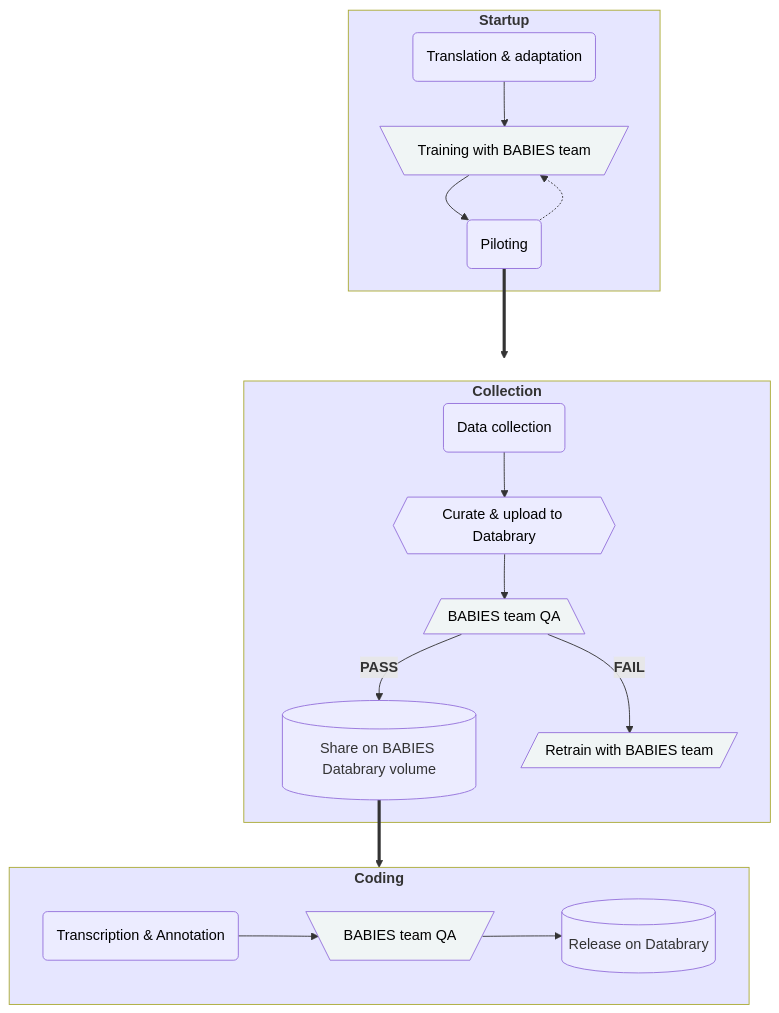
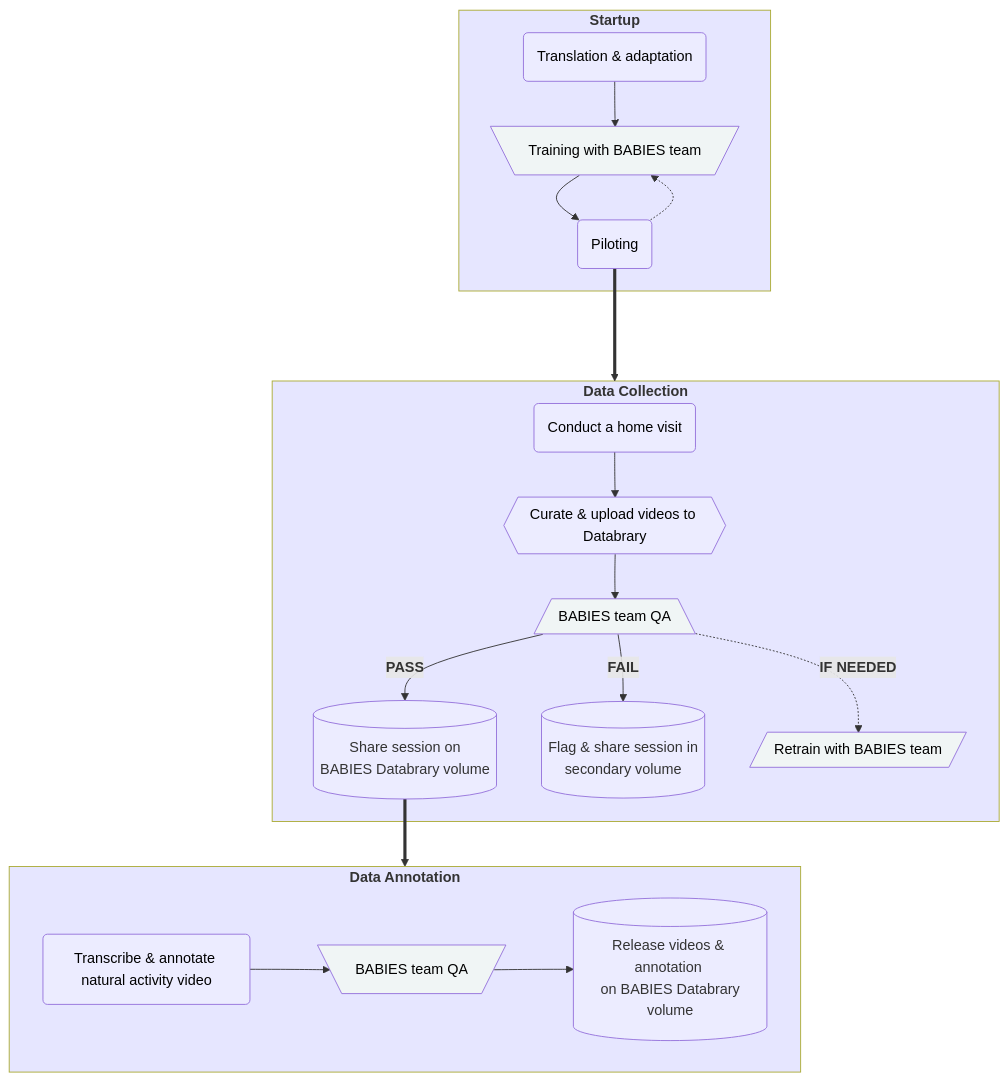
Before and after one commit to PLAY-behaviorome/Global-BABIES.org: the diagram in thesample.qmd, drawn with Mermaid. The commit also changed 3 other files, not shown here.

Commit message:
Updated workflow diagram

````diff
--- a/thesample.qmd
+++ b/thesample.qmd
@@ -37,31 +37,32 @@
 ```{mermaid}
 flowchart TD
   subgraph Startup ["`**Startup**`"]
     Trans("Translation & adaptation") --> Train[\"Training with BABIES team"/]
     Train --> Pilot("Piloting")
     Pilot -.-> Train
     style Startup fill:#e6e6ff
     style Train fill:#f0f5f5,color:#000000
     style Trans color:#000000
     style Pilot color:#000000
   end
   Pilot ===> Collection
-  subgraph Collection ["`**Collection**`"]
-    Collect("Data collection") --> Upload{{"Curate & upload to Databrary"}}
-    Upload --> QA[/"BABIES team QA"\] --"`**PASS**`"--> Share[("Share on BABIES Databrary volume")]
-    QA --"`**FAIL**`"--> Retrain[/"Retrain with BABIES team"/]
+  subgraph Collection ["`**Data Collection**`"]
+    Collect("Conduct a home visit") --> Upload{{"Curate & upload videos to Databrary"}}
+    Upload --> QA[/"BABIES team QA"\] --"`**PASS**`"--> Share1[("Share session on <br/> BABIES Databrary volume")]
+     QA --"`**FAIL**`"--> Share2[("Flag & share session in <br/> secondary volume")]
+     QA -.->|"`**IF NEEDED**`"| Retrain[/"Retrain with BABIES team"/]
      style Collection fill:#e6e6ff
      style QA fill:#f0f5f5,color:#000000
      style Retrain fill:#f0f5f5,color:#000000
      style Collect color:#000000
      style Upload color:#000000
   end
-  Share ==> Proc
-  subgraph Proc["`**Coding**`"]
-    Script("Transcription & Annotation") --> QA2[\"BABIES team QA"/]
-    QA2 --> Release[("Release on Databrary")]
+  Share1 ==> Proc
+  subgraph Proc["`**Data Annotation**`"]
+    Script("Transcribe & annotate natural activity video") --> QA2[\"BABIES team QA"/]
+    QA2 --> Release[("Release videos & annotation <br/> on BABIES Databrary volume")]
     style Proc fill:#e6e6ff
     style QA2 fill:#f0f5f5,color:#000000
     style Script color:#000000
   end
 ```
````
